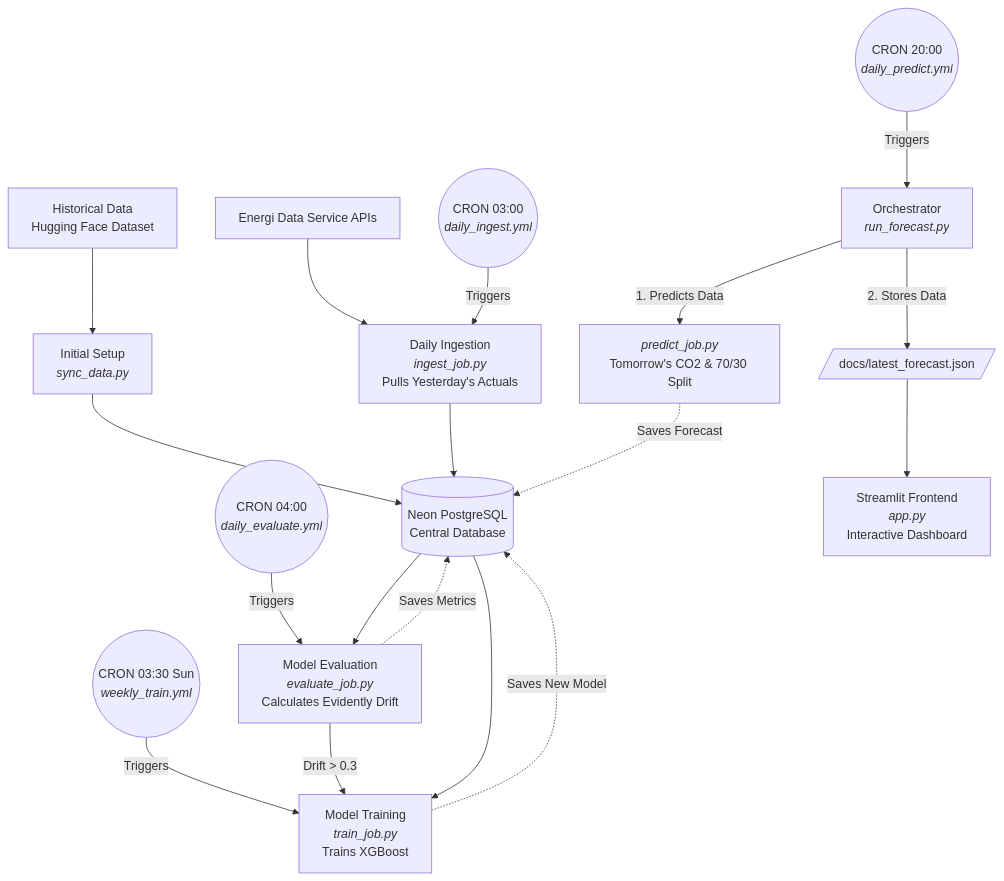
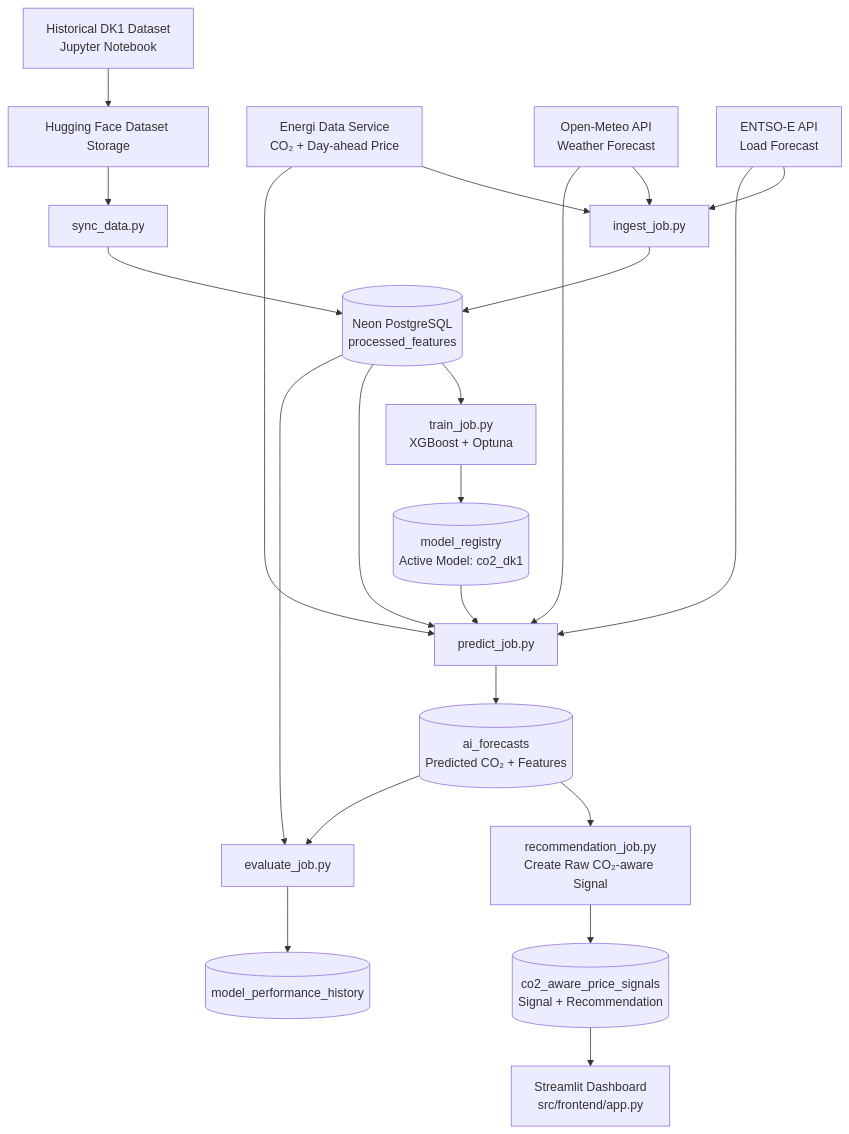
The first of 5 diagrams in README.md (xprafulx/gridwise-guardian), drawn with Mermaid before and after one commit. The commit also changed other lines of this file, not shown here.

First line of the commit message:
Revise README for DK1 CO₂-aware EV Charging Project

````diff
--- a/README.md
+++ b/README.md
@@ -37,32 +154,31 @@
 ```mermaid
 flowchart TD
-    %% External Data Sources
-    HF[Historical Data<br/>Hugging Face Dataset] --> Sync
-    API[Energi Data Service APIs] --> Ingest
+    A[Historical DK1 Dataset<br/>Jupyter Notebook] --> B[Hugging Face Dataset Storage]
+    B --> C[sync_data.py]
+    C --> D[(Neon PostgreSQL<br/>processed_features)]
 
-    %% Initial Setup
-    Sync[Initial Setup<br/><i>sync_data.py</i>] --> DB[(Neon PostgreSQL<br/>Central Database)]
+    E[Energi Data Service<br/>CO₂ + Day-ahead Price] --> F[ingest_job.py]
+    G[Open-Meteo API<br/>Weather Forecast] --> F
+    H[ENTSO-E API<br/>Load Forecast] --> F
+    F --> D
 
-    %% 1. Ingestion Job
-    CRON1((CRON 03:00<br/><i>daily_ingest.yml</i>)) -->|Triggers| Ingest
-    Ingest[Daily Ingestion<br/><i>ingest_job.py</i><br/>Pulls Yesterday's Actuals] --> DB
+    D --> I[train_job.py<br/>XGBoost + Optuna]
+    I --> J[(model_registry<br/>Active Model: co2_dk1)]
 
-    %% 2. Evaluation Job
-    CRON2((CRON 04:00<br/><i>daily_evaluate.yml</i>)) -->|Triggers| Eval
-    DB --> Eval[Model Evaluation<br/><i>evaluate_job.py</i><br/>Calculates Evidently Drift]
-    Eval -. Saves Metrics .-> DB
+    D --> K[predict_job.py]
+    J --> K
+    E --> K
+    G --> K
+    H --> K
 
-    %% 3. Training Job
-    CRON3((CRON 03:30 Sun<br/><i>weekly_train.yml</i>)) -->|Triggers| Train
-    Eval -->|Drift > 0.3| Train
-    DB --> Train[Model Training<br/><i>train_job.py</i><br/>Trains XGBoost]
-    Train -. Saves New Model .-> DB
+    K --> L[(ai_forecasts<br/>Predicted CO₂ + Features)]
 
-    %% 4. Prediction Job & Export (The Orchestrator)
-    CRON4((CRON 20:00<br/><i>daily_predict.yml</i>)) -->|Triggers| RunForecast
-    RunForecast[Orchestrator<br/><i>run_forecast.py</i>] -->|1. Predicts Data| Predict
-    Predict[<i>predict_job.py</i><br/>Tomorrow's CO2 & 70/30 Split] -. Saves Forecast .-> DB
-    RunForecast -->|2. Stores Data| JSON[/docs/latest_forecast.json/]
-    
-    JSON --> UI[Streamlit Frontend<br/><i>app.py</i><br/>Interactive Dashboard]
+    L --> M[recommendation_job.py<br/>Create Raw CO₂-aware Signal]
+    M --> N[(co2_aware_price_signals<br/>Signal + Recommendation)]
+
+    L --> O[evaluate_job.py]
+    D --> O
+    O --> P[(model_performance_history)]
+
+    N --> Q[Streamlit Dashboard<br/>src/frontend/app.py]
 ```
````
